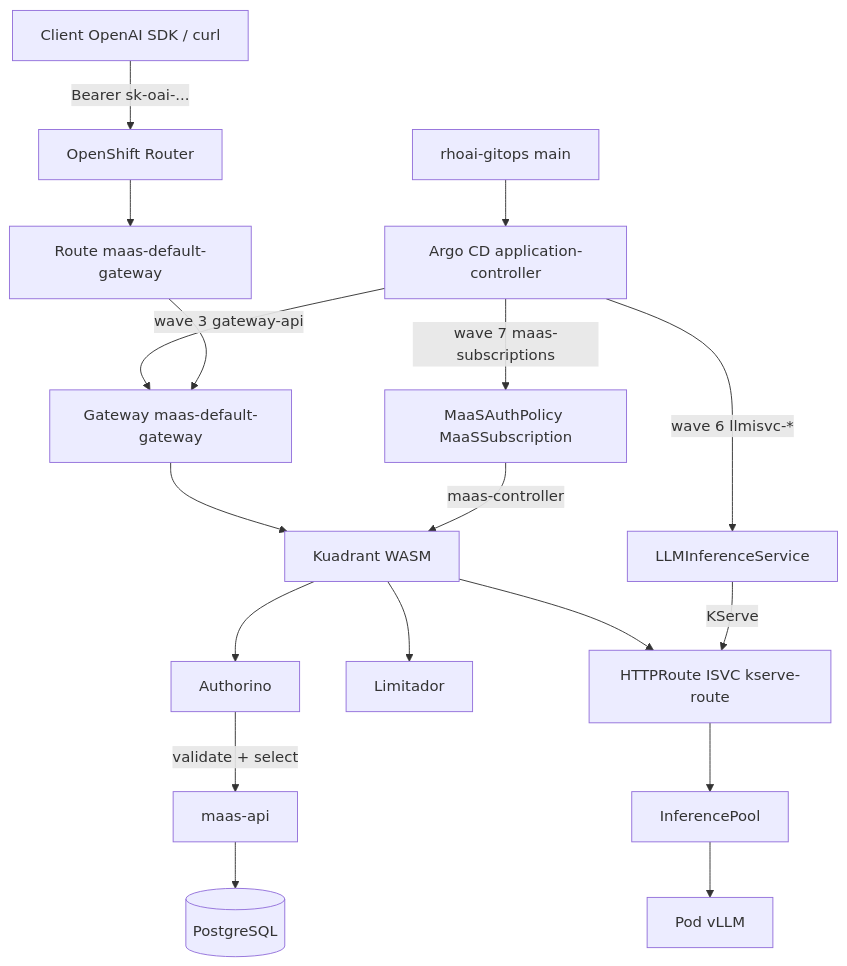
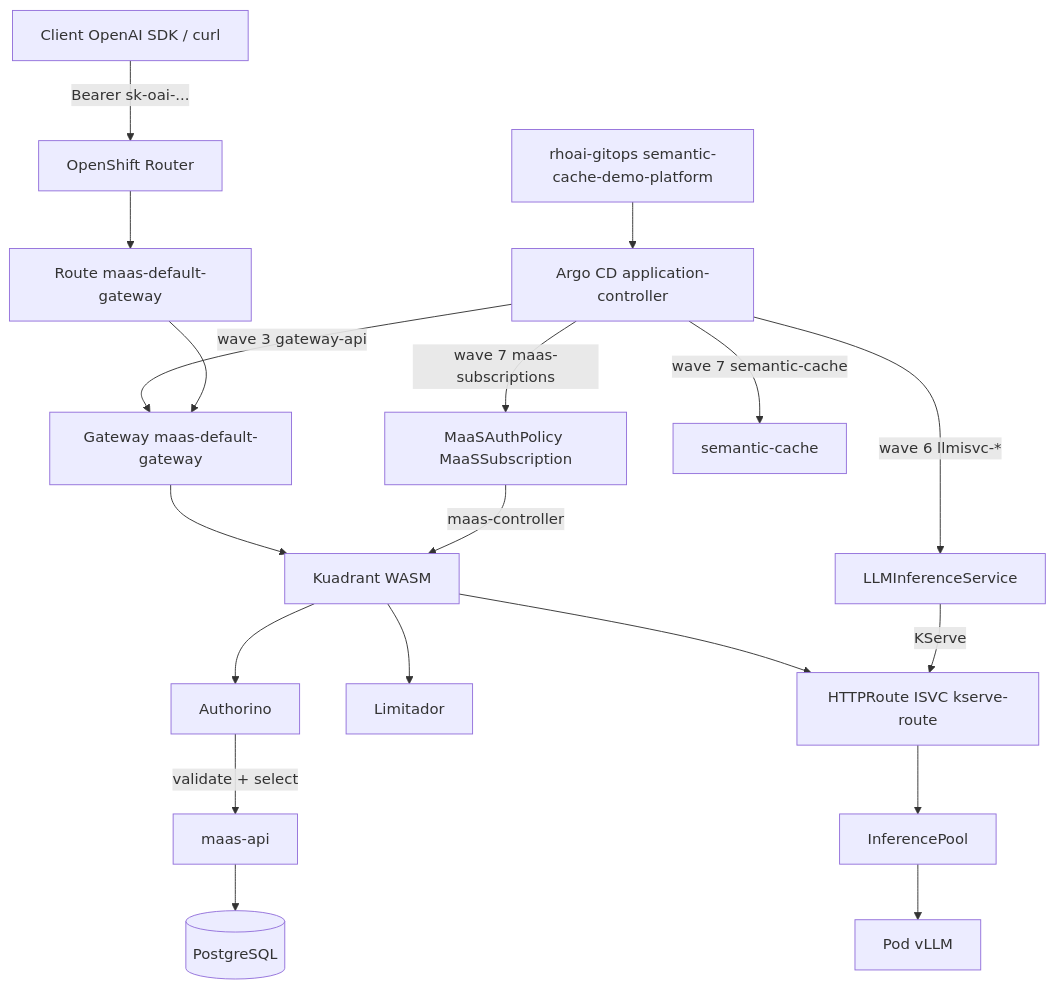
One commit to abelluque/rhoai-gitops changed the first of 4 diagrams in ARCHITECTURE_en.md. Above: the diagram before and after it, drawn with Mermaid. The commit also changed other lines of this file and 26 other files, not shown here.

First line of the commit message:
Add a semantic response cache in front of MaaS on both demo-platform clusters.

````diff
--- a/ARCHITECTURE_en.md
+++ b/ARCHITECTURE_en.md
@@ -154,28 +176,29 @@
 ```mermaid
 flowchart TB
   client[Client OpenAI SDK / curl]
-  git[rhoai-gitops main]
+  git[rhoai-gitops semantic-cache-demo-platform]
   argocd[Argo CD application-controller]
 
   git --> argocd
   argocd -->|"wave 3 gateway-api"| gw
   argocd -->|"wave 6 llmisvc-*"| isvc
   argocd -->|"wave 7 maas-subscriptions"| maasCRs
+  argocd -->|"wave 7 semantic-cache"| cache["semantic-cache"]
 
   client -->|"Bearer sk-oai-..."| router[OpenShift Router]
   router --> routeGw["Route maas-default-gateway"]
   routeGw --> gw["Gateway maas-default-gateway"]
   gw --> wasm[Kuadrant WASM]
 
   wasm --> authorino[Authorino]
   authorino -->|"validate + select"| maasApi[maas-api]
   maasApi --> pg[(PostgreSQL)]
   wasm --> limitador[Limitador]
 
   wasm --> httproute["HTTPRoute ISVC kserve-route"]
   httproute --> pool[InferencePool]
   pool --> vllm[Pod vLLM]
 
   maasCRs["MaaSAuthPolicy MaaSSubscription"] -->|"maas-controller"| wasm
   isvc["LLMInferenceService"] -->|"KServe"| httproute
 ```
````
